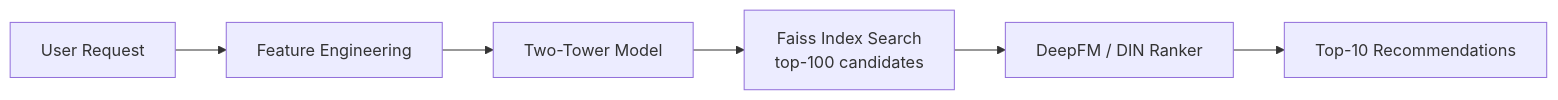
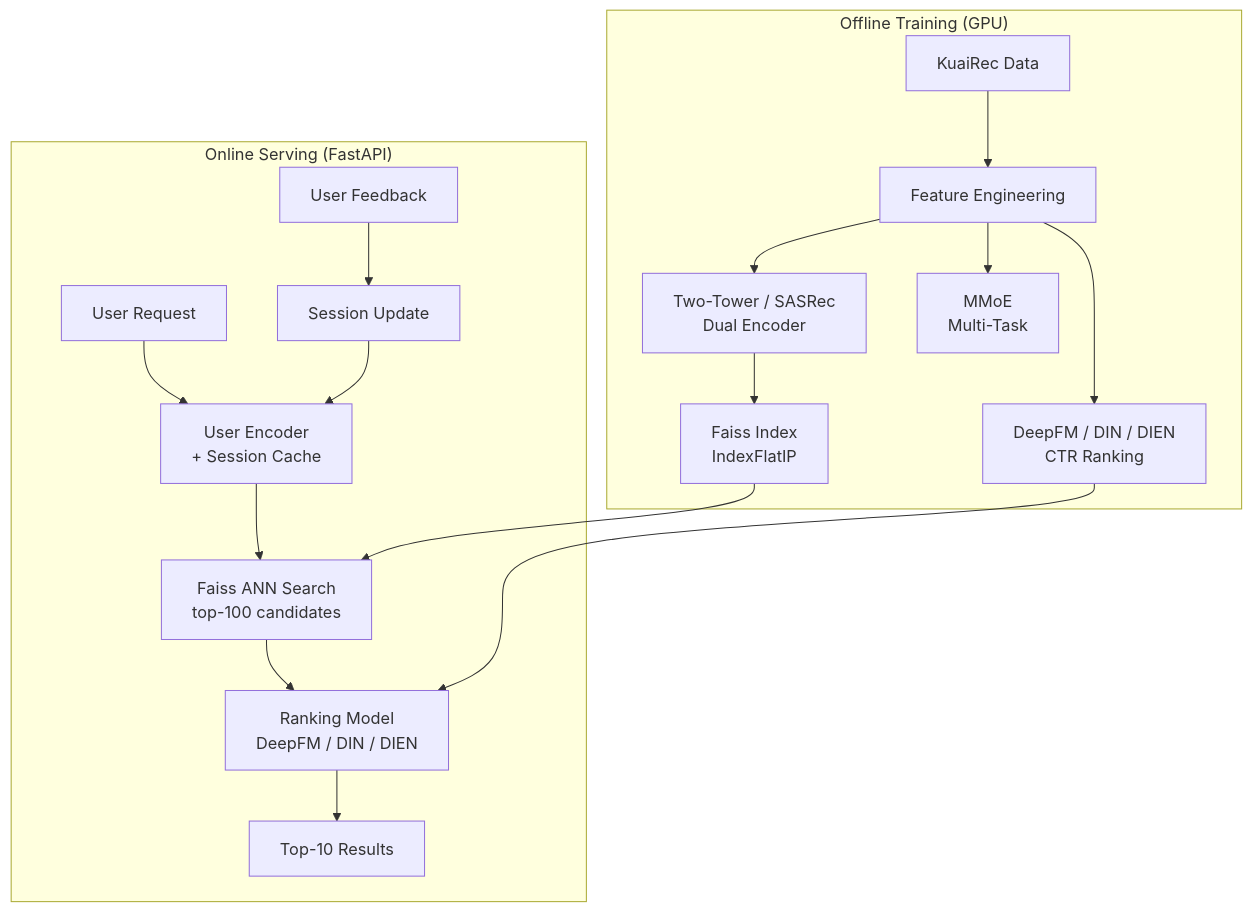
The diagram in README.md (lvzhuojun/video-recsys-pipeline), drawn with Mermaid before and after one commit. The commit also changed other lines of this file and 15 other files, not shown here.

````diff
--- a/README.md
+++ b/README.md
@@ -14,8 +41,22 @@
 ```mermaid
-graph LR
-    A[User Request] --> B[Feature Engineering]
-    B --> C[Two-Tower Model]
-    C --> D[Faiss Index Search\ntop-100 candidates]
-    D --> E[DeepFM / DIN Ranker]
-    E --> F[Top-10 Recommendations]
+graph TB
+    subgraph Offline["Offline Training (GPU)"]
+        A[KuaiRec Data] --> B[Feature Engineering]
+        B --> C1[Two-Tower / SASRec<br/>Dual Encoder]
+        B --> C2[DeepFM / DIN / DIEN<br/>CTR Ranking]
+        B --> C3[MMoE<br/>Multi-Task]
+        C1 --> D[Faiss Index<br/>IndexFlatIP]
+    end
+
+    subgraph Online["Online Serving (FastAPI)"]
+        E[User Request] --> F[User Encoder<br/>+ Session Cache]
+        F --> G[Faiss ANN Search<br/>top-100 candidates]
+        G --> H[Ranking Model<br/>DeepFM / DIN / DIEN]
+        H --> I[Top-10 Results]
+        J[User Feedback] --> K[Session Update]
+        K --> F
+    end
+
+    D --> G
+    C2 --> H
 ```
````
